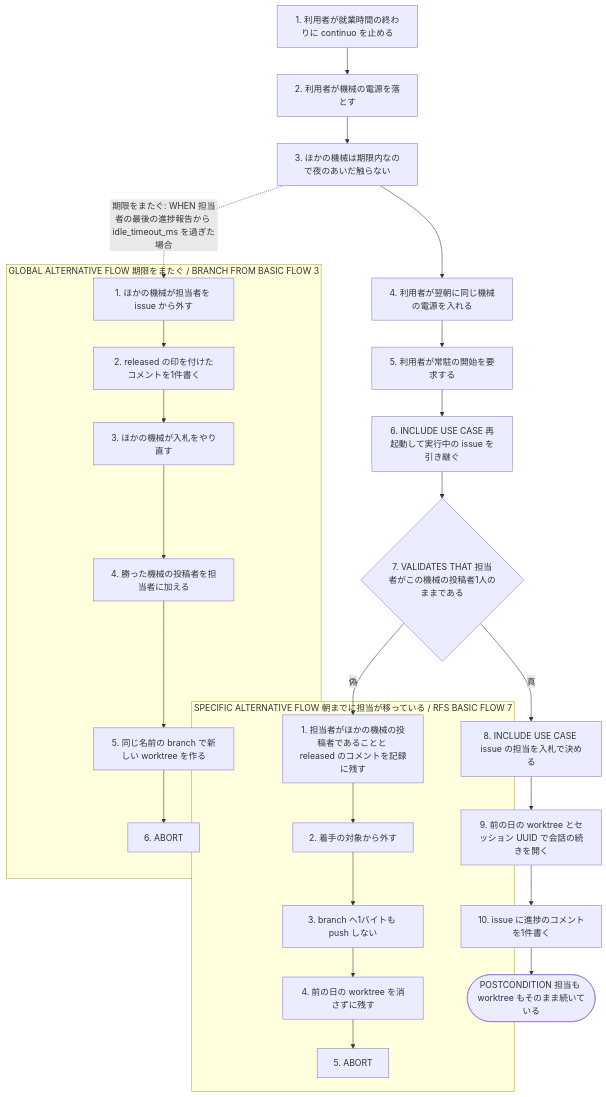
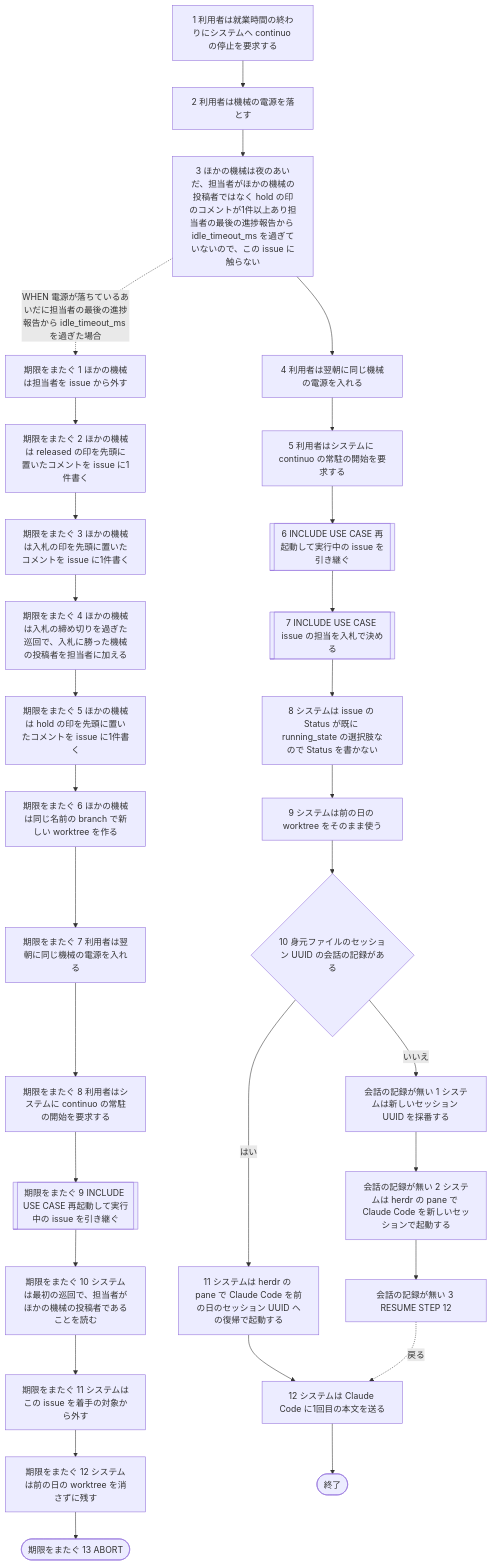
Before and after one commit to maimuzo/continuo: the first of 2 diagrams in docs/spec/usecases/scenario/夜に機械を落として翌朝に担当を続ける.rucm.md, drawn with Mermaid. The commit also changed other lines of this file and 70 other files, not shown here.

First line of the commit message:
再起動と片付けの RUCM を分け実装と突き合わせて直す 起動時の掃除・pane 無しの扱い・親 workspace・branch の始末を別の記述にしテストを記述ごとのファイルへまとめる

````diff
--- a/docs/spec/usecases/scenario/夜に機械を落として翌朝に担当を続ける.rucm.md
+++ b/docs/spec/usecases/scenario/夜に機械を落として翌朝に担当を続ける.rucm.md
@@ -118,27 +164,60 @@
 ```mermaid
 flowchart TD
-    B1["1. 利用者が就業時間の終わりに continuo を止める"]
-    B2["2. 利用者が機械の電源を落とす"]
-    B3["3. ほかの機械は期限内なので夜のあいだ触らない"]
-    B4["4. 利用者が翌朝に同じ機械の電源を入れる"]
-    B5["5. 利用者が常駐の開始を要求する"]
-    B6["6. INCLUDE USE CASE 再起動して実行中の issue を引き継ぐ"]
-    B7{"7. VALIDATES THAT 担当者がこの機械の投稿者1人のままである"}
-    B8["8. INCLUDE USE CASE issue の担当を入札で決める"]
-    B9["9. 前の日の worktree とセッション UUID で会話の続きを開く"]
-    B10["10. issue に進捗のコメントを1件書く"]
-    BPOST(["POSTCONDITION 担当も worktree もそのまま続いている"])
-
-    B1 --> B2 --> B3 --> B4 --> B5 --> B6 --> B7
-    B7 -- 偽 --> A1S1
-    B7 -- 真 --> B8 --> B9 --> B10 --> BPOST
-    B3 -. "期限をまたぐ: WHEN 担当者の最後の進捗報告から idle_timeout_ms を過ぎた場合" .-> G1S1
-
-    subgraph SAF1 ["SPECIFIC ALTERNATIVE FLOW 朝までに担当が移っている / RFS BASIC FLOW 7"]
-        A1S1["1. 担当者がほかの機械の投稿者であることと released のコメントを記録に残す"] --> A1S2["2. 着手の対象から外す"] --> A1S3["3. branch へ1バイトも push しない"] --> A1S4["4. 前の日の worktree を消さずに残す"] --> A1S5["5. ABORT"]
-    end
-
-    subgraph GAF1 ["GLOBAL ALTERNATIVE FLOW 期限をまたぐ / BRANCH FROM BASIC FLOW 3"]
-        G1S1["1. ほかの機械が担当者を issue から外す"] --> G1S2["2. released の印を付けたコメントを1件書く"] --> G1S3["3. ほかの機械が入札をやり直す"] --> G1S4["4. 勝った機械の投稿者を担当者に加える"] --> G1S5["5. 同じ名前の branch で新しい worktree を作る"] --> G1S6["6. ABORT"]
-    end
+    BS1["1 利用者は就業時間の終わりにシステムへ continuo の停止を要求する"]
+    BS2["2 利用者は機械の電源を落とす"]
+    BS3["3 ほかの機械は夜のあいだ、担当者がほかの機械の投稿者ではなく hold の印のコメントが1件以上あり担当者の最後の進捗報告から idle_timeout_ms を過ぎていないので、この issue に触らない"]
+    BS4["4 利用者は翌朝に同じ機械の電源を入れる"]
+    BS5["5 利用者はシステムに continuo の常駐の開始を要求する"]
+    BS6[["6 INCLUDE USE CASE 再起動して実行中の issue を引き継ぐ"]]
+    BS7[["7 INCLUDE USE CASE issue の担当を入札で決める"]]
+    BS8["8 システムは issue の Status が既に running_state の選択肢なので Status を書かない"]
+    BS9["9 システムは前の日の worktree をそのまま使う"]
+    BS10{"10 身元ファイルのセッション UUID の会話の記録がある"}
+    BS11["11 システムは herdr の pane で Claude Code を前の日のセッション UUID への復帰で起動する"]
+    BS12["12 システムは Claude Code に1回目の本文を送る"]
+    A1S1["会話の記録が無い 1 システムは新しいセッション UUID を採番する"]
+    A1S2["会話の記録が無い 2 システムは herdr の pane で Claude Code を新しいセッションで起動する"]
+    A1S3["会話の記録が無い 3 RESUME STEP 12"]
+    A2S1["期限をまたぐ 1 ほかの機械は担当者を issue から外す"]
+    A2S2["期限をまたぐ 2 ほかの機械は released の印を先頭に置いたコメントを issue に1件書く"]
+    A2S3["期限をまたぐ 3 ほかの機械は入札の印を先頭に置いたコメントを issue に1件書く"]
+    A2S4["期限をまたぐ 4 ほかの機械は入札の締め切りを過ぎた巡回で、入札に勝った機械の投稿者を担当者に加える"]
+    A2S5["期限をまたぐ 5 ほかの機械は hold の印を先頭に置いたコメントを issue に1件書く"]
+    A2S6["期限をまたぐ 6 ほかの機械は同じ名前の branch で新しい worktree を作る"]
+    A2S7["期限をまたぐ 7 利用者は翌朝に同じ機械の電源を入れる"]
+    A2S8["期限をまたぐ 8 利用者はシステムに continuo の常駐の開始を要求する"]
+    A2S9[["期限をまたぐ 9 INCLUDE USE CASE 再起動して実行中の issue を引き継ぐ"]]
+    A2S10["期限をまたぐ 10 システムは最初の巡回で、担当者がほかの機械の投稿者であることを読む"]
+    A2S11["期限をまたぐ 11 システムはこの issue を着手の対象から外す"]
+    A2S12["期限をまたぐ 12 システムは前の日の worktree を消さずに残す"]
+    A2S13(["期限をまたぐ 13 ABORT"])
+    BS1 --> BS2
+    BS2 --> BS3
+    BS3 --> BS4
+    BS3 -. "WHEN 電源が落ちているあいだに担当者の最後の進捗報告から idle_timeout_ms を過ぎた場合" .-> A2S1
+    BS4 --> BS5
+    BS5 --> BS6
+    BS6 --> BS7
+    BS7 --> BS8
+    BS8 --> BS9
+    BS9 --> BS10
+    BS10 -- はい --> BS11
+    BS10 -- いいえ --> A1S1
+    BS11 --> BS12
+    A1S1 --> A1S2
+    A1S2 --> A1S3
+    A1S3 -. "戻る" .-> BS12
+    A2S1 --> A2S2
+    A2S2 --> A2S3
+    A2S3 --> A2S4
+    A2S4 --> A2S5
+    A2S5 --> A2S6
+    A2S6 --> A2S7
+    A2S7 --> A2S8
+    A2S8 --> A2S9
+    A2S9 --> A2S10
+    A2S10 --> A2S11
+    A2S11 --> A2S12
+    A2S12 --> A2S13
+    BS12 --> END(["終了"])
 ```
````
